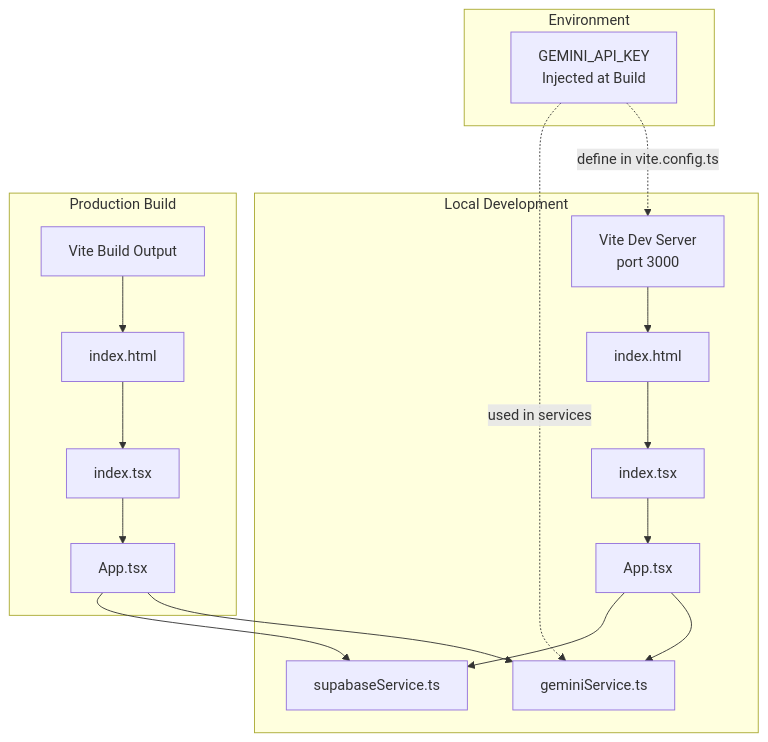
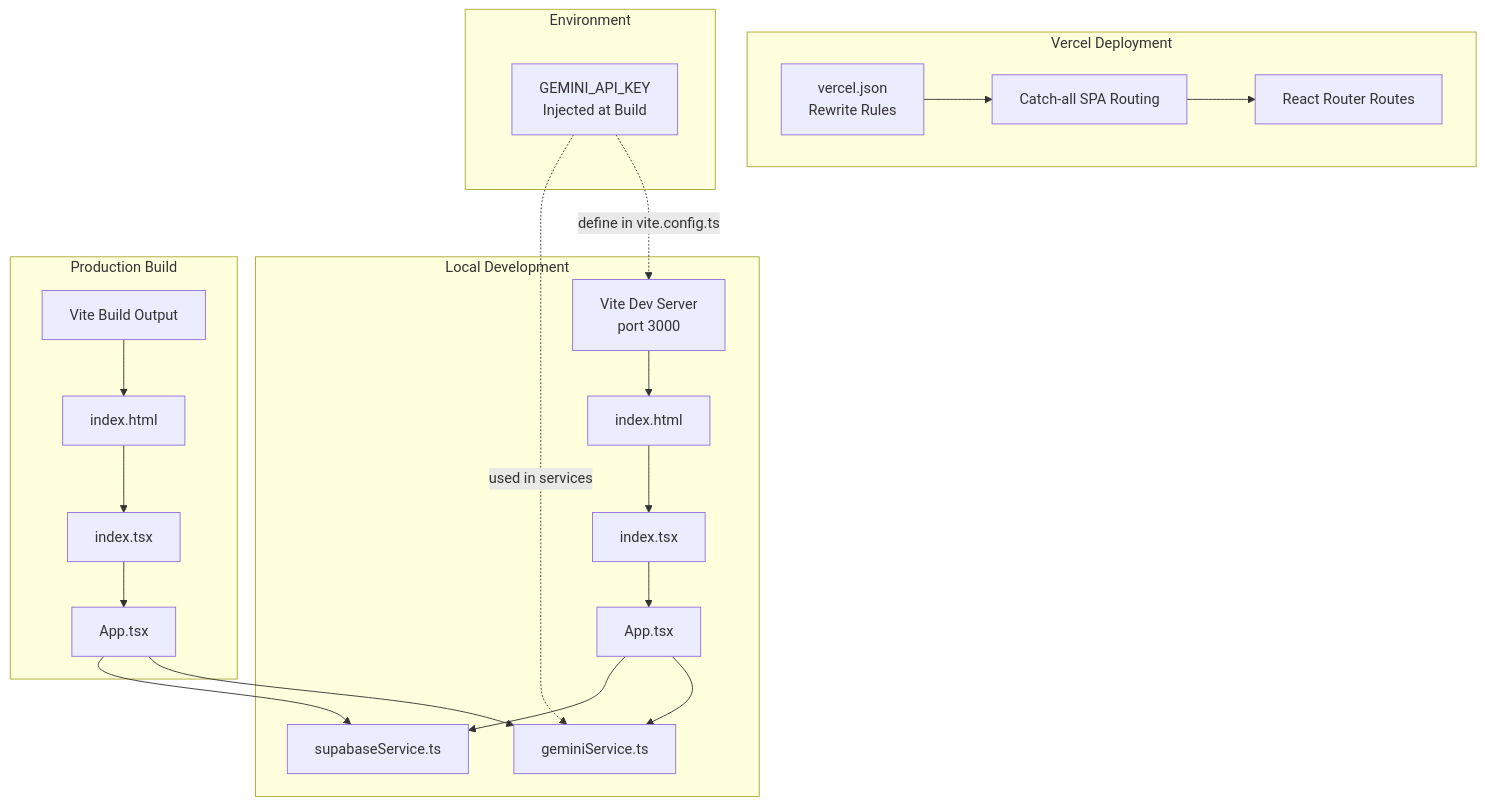
Before and after one commit to zpria/ACCOUND-ZPRIA: the second of 11 diagrams in .qoder/repowiki/en/content/Configuration and Deployment.md, drawn with Mermaid. The commit also changed other lines of this file and 12 other files, not shown here.

````diff
--- a/.qoder/repowiki/en/content/Configuration and Deployment.md
+++ b/.qoder/repowiki/en/content/Configuration and Deployment.md
@@ -91,22 +103,26 @@
 ```mermaid
 graph TB
 subgraph "Local Development"
 V["Vite Dev Server<br/>port 3000"] --> H["index.html"]
 H --> R["index.tsx"]
 R --> A["App.tsx"]
 A --> S1["geminiService.ts"]
 A --> S2["supabaseService.ts"]
 end
 subgraph "Production Build"
 B["Vite Build Output"] --> H2["index.html"]
 H2 --> R2["index.tsx"]
 R2 --> A2["App.tsx"]
 A2 --> S1
 A2 --> S2
 end
+subgraph "Vercel Deployment"
+VERCEL["vercel.json<br/>Rewrite Rules"] --> SPA["Catch-all SPA Routing"]
+SPA --> APP["React Router Routes"]
+end
 subgraph "Environment"
 ENV["GEMINI_API_KEY<br/>Injected at Build"]
 end
 ENV -. "define in vite.config.ts" .-> V
 ENV -. "used in services" .-> S1
 ```
````
